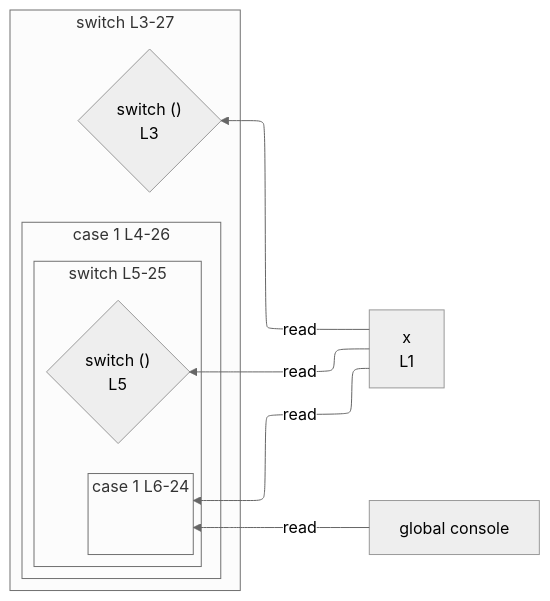
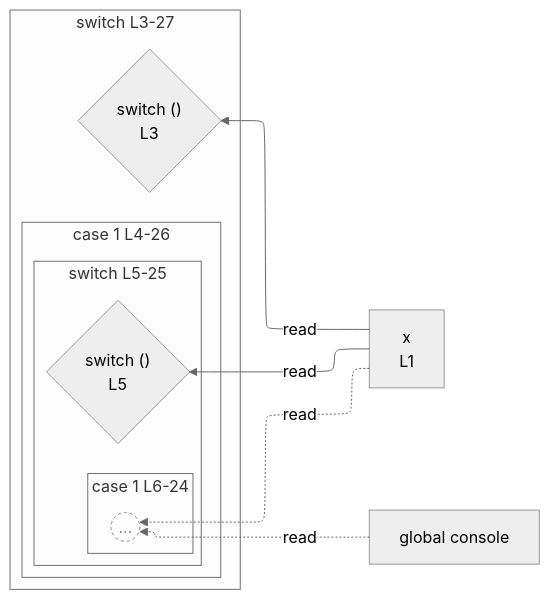
One commit to crescware/unsnarl changed the diagram in integration/fixtures/app-behavior/depth/switch/depth-2/preview.md. Above: the diagram before and after it, drawn with Mermaid (neutral theme). The commit also changed 72 other files, not shown here.

First line of the commit message:
Render anonymous collapsed scopes as a BeyondDepth `((...))` stub

````diff
--- a/integration/fixtures/app-behavior/depth/switch/depth-2/preview.md
+++ b/integration/fixtures/app-behavior/depth/switch/depth-2/preview.md
@@ -37,27 +37,27 @@
 ```mermaid
 %%{init: {"flowchart": {"defaultRenderer": "elk"}}}%%
 flowchart RL
   n_scope_0_x_6["x<br/>L1"]
   n_scope_0_console_296["global console"]
   subgraph s_scope_1["switch L3-27"]
     direction RL
     switch_discriminant_scope_0_14{"switch ()<br/>L3"}
     subgraph s_scope_2["case 1 L4-26"]
       direction RL
       subgraph s_scope_3["switch L5-25"]
         direction RL
         switch_discriminant_scope_2_41{"switch ()<br/>L5"}
         subgraph s_scope_4["case 1 L6-24"]
           direction RL
-          elk_empty_s_scope_4[" "]
+          beyond_depth_s_scope_4((...))
         end
       end
     end
   end
   n_scope_0_x_6 -->|read| switch_discriminant_scope_0_14
   n_scope_0_x_6 -->|read| switch_discriminant_scope_2_41
-  n_scope_0_x_6 -->|read| s_scope_4
-  n_scope_0_console_296 -->|read| s_scope_4
-  classDef elkEmptyPlaceholder fill:transparent,stroke:transparent,color:transparent;
-  class elk_empty_s_scope_4 elkEmptyPlaceholder;
+  n_scope_0_x_6 -.->|read| beyond_depth_s_scope_4
+  n_scope_0_console_296 -.->|read| beyond_depth_s_scope_4
+  classDef boundaryStub fill:transparent,stroke:#888,stroke-dasharray:3 3,color:#888;
+  class beyond_depth_s_scope_4 boundaryStub;
 ```
````
